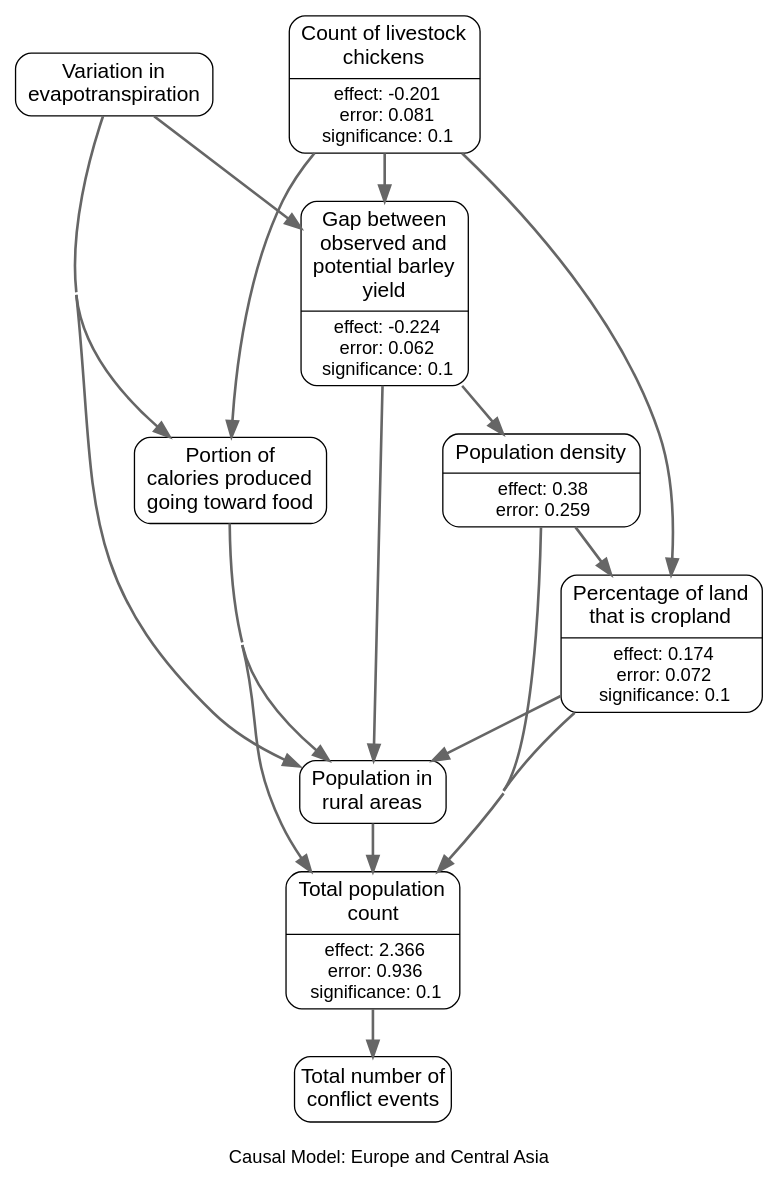
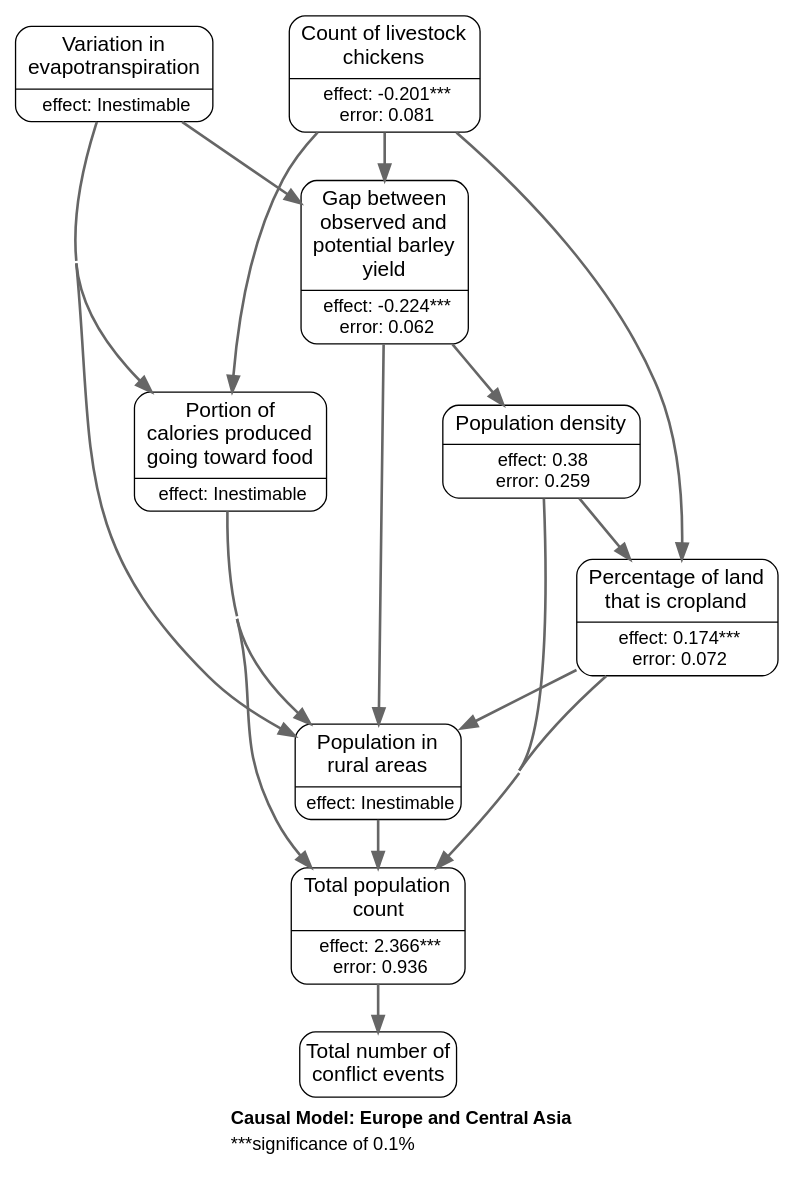
The diagram in app/javascript/images/regions/causal_graphs/europe_and_central_asia.gv (wri/wri-wpsi), drawn with Graphviz before and after one commit. The commit also changed 14 other files, not shown here.

Commit message:
graph updates, add legend

```diff
--- a/app/javascript/images/regions/causal_graphs/europe_and_central_asia.gv
+++ b/app/javascript/images/regions/causal_graphs/europe_and_central_asia.gv
@@ -1,78 +1,73 @@
 # generated file for region: europe_and_central_asia by CausalModelRegionGenerator
 strict digraph causalModel {
 fontname="Helvetica, Arial, sans-serif";
-label="
-Causal Model: Europe and Central Asia";
+label=<<TABLE BORDER="0" CELLBORDER="0" CELLSPACING="0"><TR><TD></TD></TR><TR><TD ALIGN="LEFT"><B>Causal Model: Europe and Central Asia</B></TD></TR><TR><TD ALIGN="LEFT">***significance of 0.1%</TD></TR></TABLE>>;
 labelloc = b;
 nodesep = 0.4;
 concentrate = true;
 node[shape = Mrecord, fontname = "Helvetica, Arial, sans-serif", margin = "0.10,0.06", penwidth = 1.0];
 edge[arrowsize = 1.2 penwidth = 2 color="#666666"];
 
 # nodes
-et_anom_m_STD_m [label = <<table align="center" border="0" cellspacing="1" cellpadding="1">
+et_anom_m_STD_m [label = <{<table align="center" border="0" cellspacing="1" cellpadding="1">
 <tr><td><font point-size="16">Variation in<br/>evapotranspiration<br/></font></td></tr>
 </table>
->, class = rankA];
+|<table border="0" cellspacing="1" cellpadding="0.5"><tr><td><font point-size="14">effect: Inestimable</font></td></tr></table>}>, class = rankA];
 chicken_number_s [label = <{<table align="center" border="0" cellspacing="1" cellpadding="1">
 <tr><td><font point-size="16">Count of livestock<br/>chickens<br/></font></td></tr>
 </table>
-|<table border="0" cellspacing="1" cellpadding="0.5"><tr><td><font point-size="14">effect: -0.201</font></td></tr>
-<tr><td><font point-size="14">error: 0.081</font></td></tr>
-<tr><td><font point-size="14">significance: 0.1</font></td></tr></table>}>, class = rankA];
+|<table border="0" cellspacing="1" cellpadding="0.5"><tr><td><font point-size="14">effect: -0.201***</font></td></tr>
+<tr><td><font point-size="14">error: 0.081</font></td></tr></table>}>, class = rankA];
 yield_gap_barley_s [label = <{<table align="center" border="0" cellspacing="1" cellpadding="1">
 <tr><td><font point-size="16">Gap between<br/>observed and<br/>potential barley<br/>yield<br/></font></td></tr>
 </table>
-|<table border="0" cellspacing="1" cellpadding="0.5"><tr><td><font point-size="14">effect: -0.224</font></td></tr>
-<tr><td><font point-size="14">error: 0.062</font></td></tr>
-<tr><td><font point-size="14">significance: 0.1</font></td></tr></table>}>, class = rankB];
-rurpop_s [label = <<table align="center" border="0" cellspacing="1" cellpadding="1">
+|<table border="0" cellspacing="1" cellpadding="0.5"><tr><td><font point-size="14">effect: -0.224***</font></td></tr>
+<tr><td><font point-size="14">error: 0.062</font></td></tr></table>}>, class = rankB];
+rurpop_s [label = <{<table align="center" border="0" cellspacing="1" cellpadding="1">
 <tr><td><font point-size="16">Population in<br/>rural areas<br/></font></td></tr>
 </table>
->, class = rankB];
+|<table border="0" cellspacing="1" cellpadding="0.5"><tr><td><font point-size="14">effect: Inestimable</font></td></tr></table>}>, class = rankB];
 Cropland2000_mean_percent_s [label = <{<table align="center" border="0" cellspacing="1" cellpadding="1">
 <tr><td><font point-size="16">Percentage of land<br/>that is cropland<br/></font></td></tr>
 </table>
-|<table border="0" cellspacing="1" cellpadding="0.5"><tr><td><font point-size="14">effect: 0.174</font></td></tr>
-<tr><td><font point-size="14">error: 0.072</font></td></tr>
-<tr><td><font point-size="14">significance: 0.1</font></td></tr></table>}>, class = rankB];
+|<table border="0" cellspacing="1" cellpadding="0.5"><tr><td><font point-size="14">effect: 0.174***</font></td></tr>
+<tr><td><font point-size="14">error: 0.072</font></td></tr></table>}>, class = rankB];
 loccount_y [label = <{<table align="center" border="0" cellspacing="1" cellpadding="1">
 <tr><td><font point-size="16">Total population<br/>count<br/></font></td></tr>
 </table>
-|<table border="0" cellspacing="1" cellpadding="0.5"><tr><td><font point-size="14">effect: 2.366</font></td></tr>
-<tr><td><font point-size="14">error: 0.936</font></td></tr>
-<tr><td><font point-size="14">significance: 0.1</font></td></tr></table>}>, class = rankB];
+|<table border="0" cellspacing="1" cellpadding="0.5"><tr><td><font point-size="14">effect: 2.366***</font></td></tr>
+<tr><td><font point-size="14">error: 0.936</font></td></tr></table>}>, class = rankB];
 locdensity_y [label = <{<table align="center" border="0" cellspacing="1" cellpadding="1">
 <tr><td><font point-size="16">Population density</font></td></tr>
 </table>
 |<table border="0" cellspacing="1" cellpadding="0.5"><tr><td><font point-size="14">effect: 0.38</font></td></tr>
 <tr><td><font point-size="14">error: 0.259</font></td></tr></table>}>, class = rankB];
-DeliveredkcalFraction_s [label = <<table align="center" border="0" cellspacing="1" cellpadding="1">
+DeliveredkcalFraction_s [label = <{<table align="center" border="0" cellspacing="1" cellpadding="1">
 <tr><td><font point-size="16">Portion of<br/>calories produced<br/>going toward food<br/></font></td></tr>
 </table>
->, class = rankB];
+|<table border="0" cellspacing="1" cellpadding="0.5"><tr><td><font point-size="14">effect: Inestimable</font></td></tr></table>}>, class = rankB];
 acl_sum_evnt_m [label = "Total number of
 conflict events" class = rankC shape=box style=rounded fontsize="16pt" margin = "0.05,0.10"];
 
 #ranks
 {rank=same; et_anom_m_STD_m chicken_number_s; }
 
 # links
 et_anom_m_STD_m -> yield_gap_barley_s ;
 et_anom_m_STD_m -> rurpop_s ;
 et_anom_m_STD_m -> DeliveredkcalFraction_s ;
 chicken_number_s -> yield_gap_barley_s ;
 chicken_number_s -> Cropland2000_mean_percent_s ;
 chicken_number_s -> DeliveredkcalFraction_s ;
 yield_gap_barley_s -> rurpop_s ;
 yield_gap_barley_s -> locdensity_y ;
 rurpop_s -> loccount_y ;
 Cropland2000_mean_percent_s -> rurpop_s ;
 Cropland2000_mean_percent_s -> loccount_y ;
 loccount_y -> acl_sum_evnt_m ;
 locdensity_y -> Cropland2000_mean_percent_s ;
 locdensity_y -> loccount_y ;
 DeliveredkcalFraction_s -> rurpop_s ;
 DeliveredkcalFraction_s -> loccount_y ;
 
 }
```
